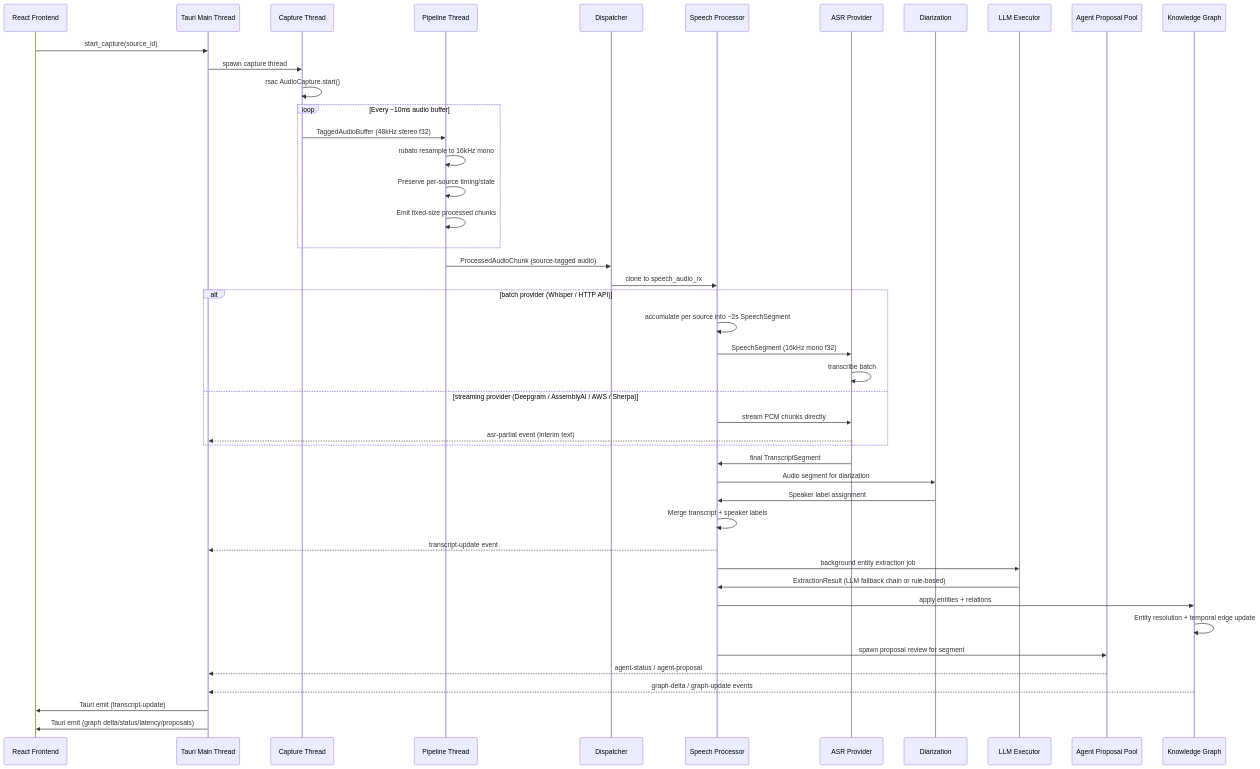
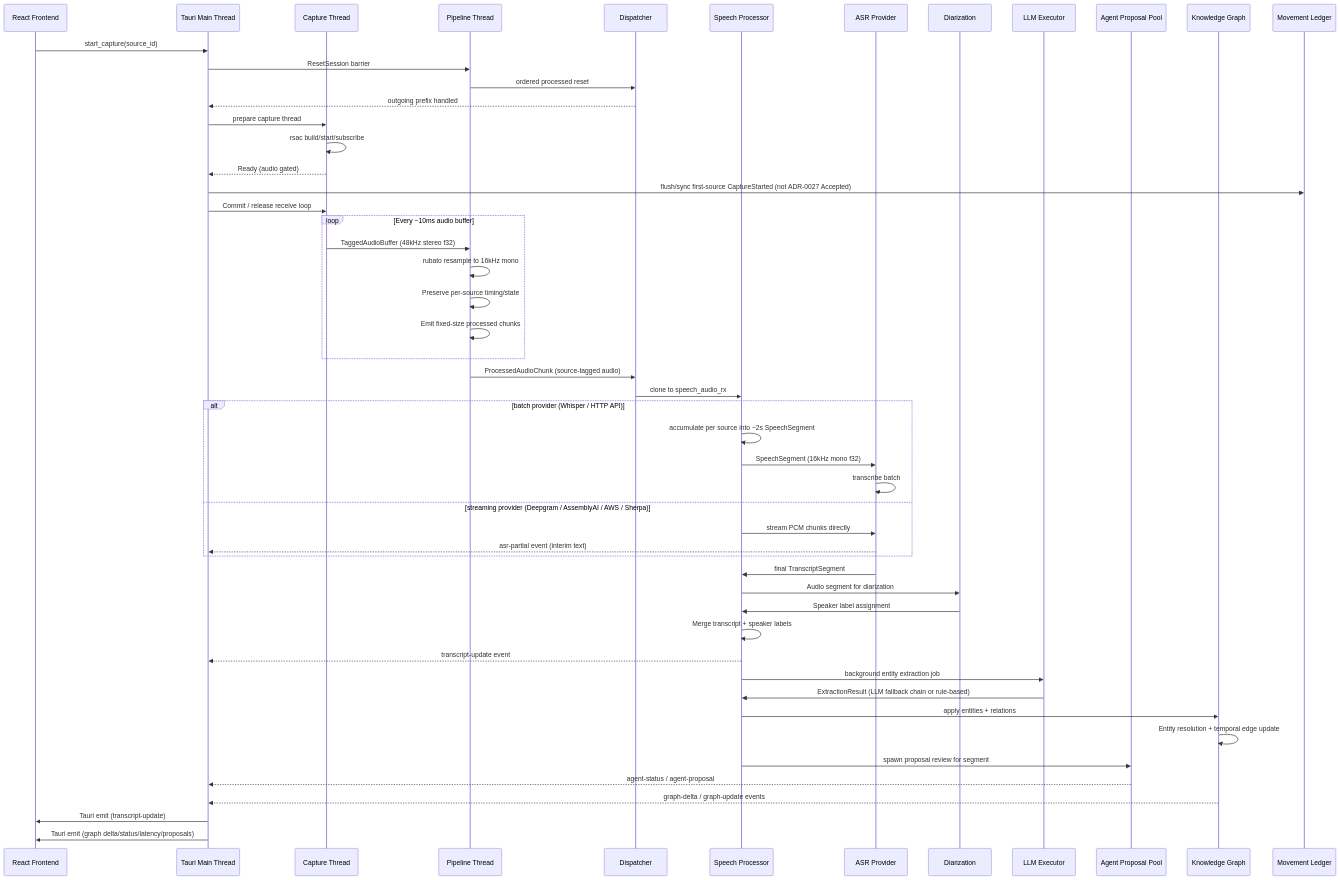
Before and after one commit to Codeseys-Labs/audio-graph: the sixth of 12 diagrams in docs/ARCHITECTURE.md, drawn with Mermaid. The commit also changed other lines of this file and 101 other files, not shown here.

````diff
--- a/docs/ARCHITECTURE.md
+++ b/docs/ARCHITECTURE.md
@@ -700,55 +786,62 @@
 ```mermaid
 sequenceDiagram
     participant UI as React Frontend
     participant Main as Tauri Main Thread
     participant Cap as Capture Thread
     participant Pipe as Pipeline Thread
     participant Disp as Dispatcher
     participant Speech as Speech Processor
     participant ASR as ASR Provider
     participant Diar as Diarization
     participant Exec as LLM Executor
     participant Agent as Agent Proposal Pool
     participant Graph as Knowledge Graph
+    participant Audit as Movement Ledger
 
     UI->>Main: start_capture(source_id)
-    Main->>Cap: spawn capture thread
-    Cap->>Cap: rsac AudioCapture.start()
+    Main->>Pipe: ResetSession barrier
+    Pipe->>Disp: ordered processed reset
+    Disp-->>Main: outgoing prefix handled
+    Main->>Cap: prepare capture thread
+    Cap->>Cap: rsac build/start/subscribe
+    Cap-->>Main: Ready (audio gated)
+    Main->>Audit: flush/sync first-source CaptureStarted (not ADR-0027 Accepted)
+    Main->>Cap: Commit / release receive loop
 
     loop Every ~10ms audio buffer
         Cap->>Pipe: TaggedAudioBuffer (48kHz stereo f32)
         Pipe->>Pipe: rubato resample to 16kHz mono
         Pipe->>Pipe: Preserve per-source timing/state
         Pipe->>Pipe: Emit fixed-size processed chunks
     end
 
     Pipe->>Disp: ProcessedAudioChunk (source-tagged audio)
     Disp->>Speech: clone to speech_audio_rx
 
     alt batch provider (Whisper / HTTP API)
         Speech->>Speech: accumulate per source into ~2s SpeechSegment
         Speech->>ASR: SpeechSegment (16kHz mono f32)
         ASR->>ASR: transcribe batch
     else streaming provider (Deepgram / AssemblyAI / AWS / Sherpa)
         Speech->>ASR: stream PCM chunks directly
         ASR-->>Main: asr-partial event (interim text)
     end
 
     ASR->>Speech: final TranscriptSegment
 
     Speech->>Diar: Audio segment for diarization
     Diar->>Speech: Speaker label assignment
 
     Speech->>Speech: Merge transcript + speaker labels
     Speech-->>Main: transcript-update event
     Speech->>Exec: background entity extraction job
     Exec->>Speech: ExtractionResult (LLM fallback chain or rule-based)
     Speech->>Graph: apply entities + relations
     Graph->>Graph: Entity resolution + temporal edge update
     Speech->>Agent: spawn proposal review for segment
     Agent-->>Main: agent-status / agent-proposal
     Graph-->>Main: graph-delta / graph-update events
 
     Main->>UI: Tauri emit (transcript-update)
     Main->>UI: Tauri emit (graph delta/status/latency/proposals)
 ```
````
